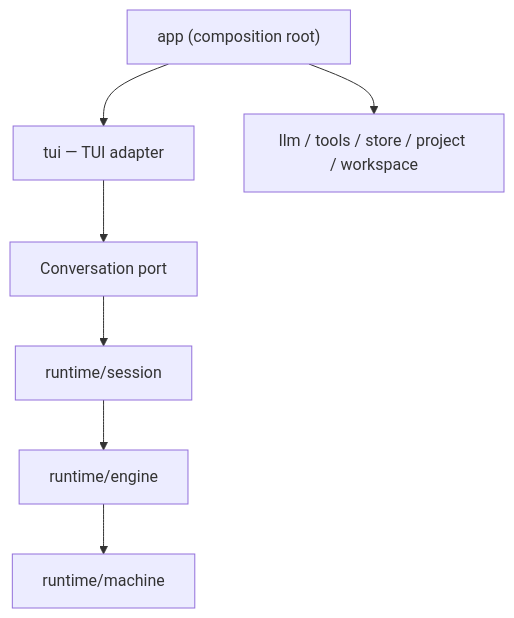
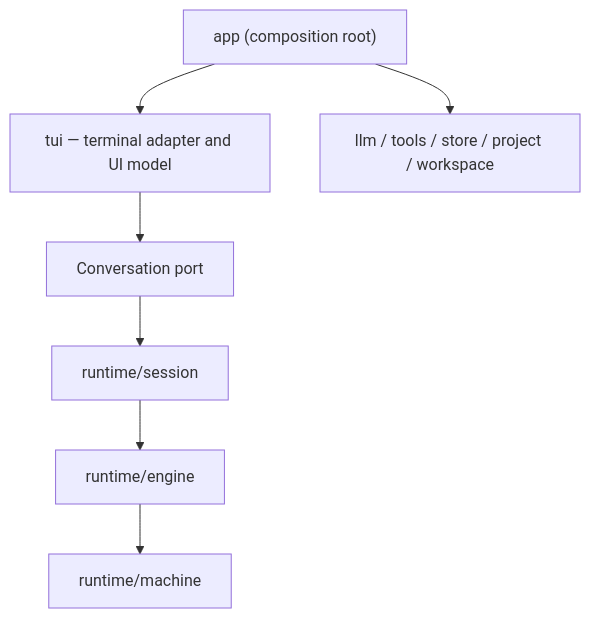
Before and after one commit to Boatjoey/super-agent-py: the diagram in docs/architecture.md, drawn with Mermaid. The commit also changed other lines of this file and 13 other files, not shown here.

````diff
--- a/docs/architecture.md
+++ b/docs/architecture.md
@@ -5,17 +5,17 @@
 ```mermaid
 flowchart TD
     app["app (composition root)"]
-    tui["tui — TUI adapter"]
+    tui["tui — terminal adapter and UI model"]
     adapters["llm / tools / store / project / workspace"]
     port["Conversation port"]
     session["runtime/session"]
     engine["runtime/engine"]
     machine["runtime/machine"]
 
     app --> tui
     app --> adapters
     tui --> port
     port --> session
     session --> engine
     engine --> machine
 ```
````
